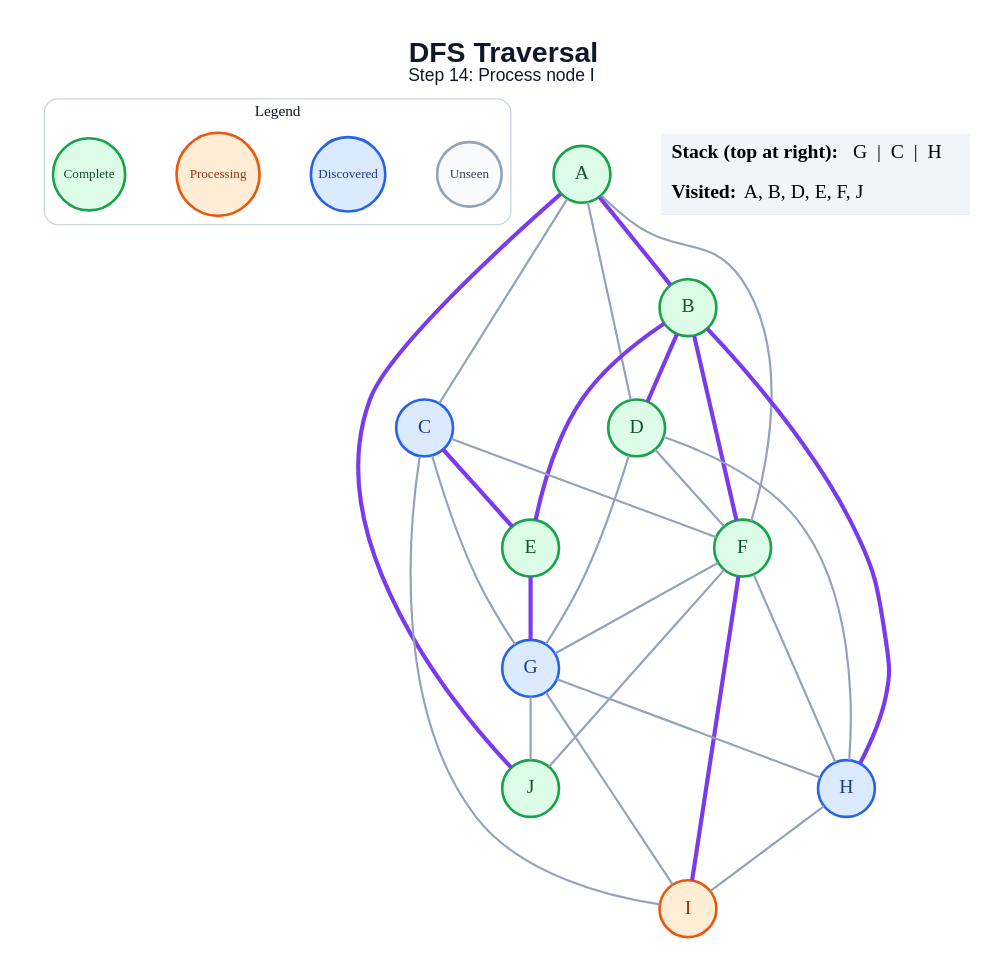
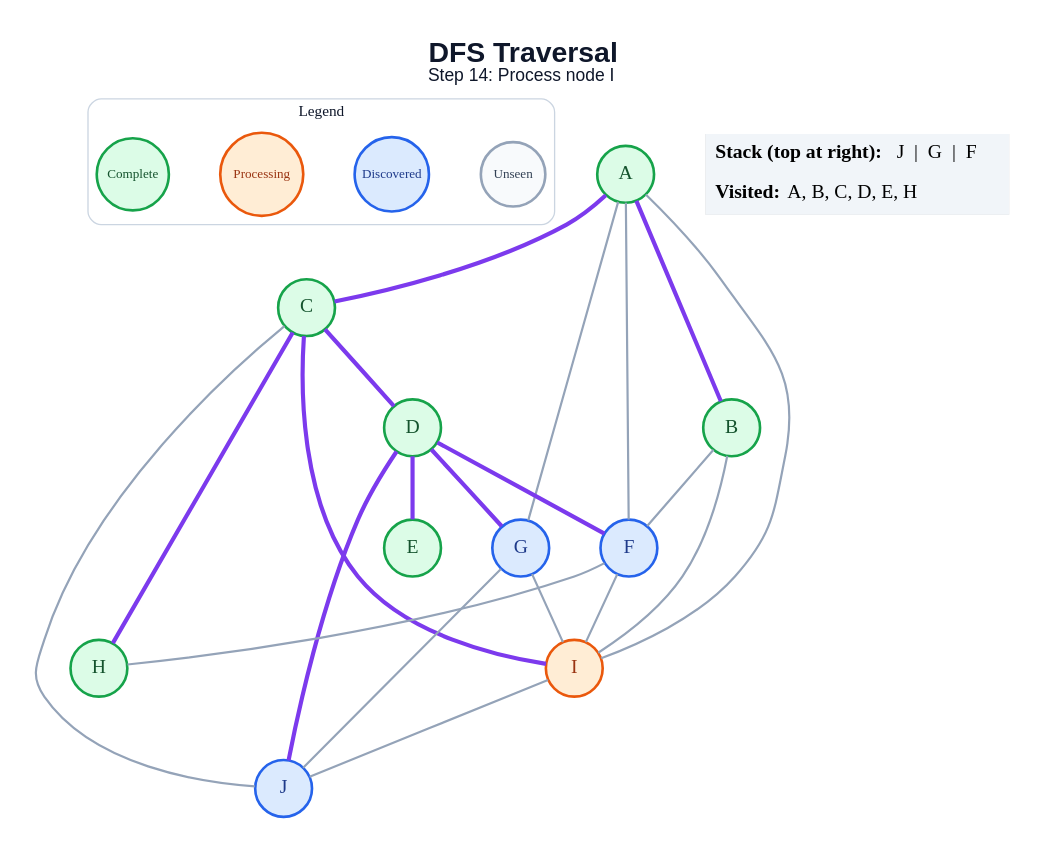
One commit to amanghodawala9/ai-slop changed the diagram in generated/specific-node/dfs/step_14.dot. Above: the diagram before and after it, drawn with Graphviz. The commit also changed 178 other files, not shown here.

```diff
--- a/generated/specific-node/dfs/step_14.dot
+++ b/generated/specific-node/dfs/step_14.dot
@@ -1,54 +1,49 @@
 graph traversal {
   graph [layout=dot, rankdir=TB, bgcolor="#FFFFFF", pad="0.35", nodesep="0.65", ranksep="0.8", fontname="Arial"];
   node [shape=circle, style="filled", fontname="Arial Bold", fontsize=18, width=0.72, fixedsize=true, penwidth=2.4];
   edge [color="#94A3B8", penwidth=2.0];
   label=<<B>DFS Traversal</B><BR/><FONT POINT-SIZE="16">Step 14: Process node I</FONT>>; labelloc="t"; fontsize=26; fontname="Arial"; fontcolor="#0F172A";
   subgraph cluster_legend { label="Legend"; color="#CBD5E1"; penwidth=1.2; style="rounded"; fontsize=14; fontname="Arial Bold";
     key_unseen [label="Unseen", fillcolor="#F8FAFC", color="#94A3B8", fontcolor="#334155", fontsize=12, width=0.82];
     key_frontier [label="Discovered", fillcolor="#DBEAFE", color="#2563EB", fontcolor="#1E3A8A", fontsize=12, width=0.95];
     key_current [label="Processing", fillcolor="#FFEDD5", color="#EA580C", fontcolor="#9A3412", fontsize=12, width=1.05];
     key_done [label="Complete", fillcolor="#DCFCE7", color="#16A34A", fontcolor="#14532D", fontsize=12, width=0.92];
     { rank=same; key_unseen; key_frontier; key_current; key_done; }
   }
   A [fillcolor="#DCFCE7", color="#16A34A", fontcolor="#14532D"];
   B [fillcolor="#DCFCE7", color="#16A34A", fontcolor="#14532D"];
-  C [fillcolor="#DBEAFE", color="#2563EB", fontcolor="#1E3A8A"];
+  C [fillcolor="#DCFCE7", color="#16A34A", fontcolor="#14532D"];
   D [fillcolor="#DCFCE7", color="#16A34A", fontcolor="#14532D"];
   E [fillcolor="#DCFCE7", color="#16A34A", fontcolor="#14532D"];
-  F [fillcolor="#DCFCE7", color="#16A34A", fontcolor="#14532D"];
+  F [fillcolor="#DBEAFE", color="#2563EB", fontcolor="#1E3A8A"];
   G [fillcolor="#DBEAFE", color="#2563EB", fontcolor="#1E3A8A"];
-  H [fillcolor="#DBEAFE", color="#2563EB", fontcolor="#1E3A8A"];
+  H [fillcolor="#DCFCE7", color="#16A34A", fontcolor="#14532D"];
   I [fillcolor="#FFEDD5", color="#EA580C", fontcolor="#9A3412"];
-  J [fillcolor="#DCFCE7", color="#16A34A", fontcolor="#14532D"];
+  J [fillcolor="#DBEAFE", color="#2563EB", fontcolor="#1E3A8A"];
   A -- B [color="#7C3AED", penwidth=3.8];
-  A -- C;
-  A -- D;
+  A -- C [color="#7C3AED", penwidth=3.8];
   A -- F;
-  A -- J [color="#7C3AED", penwidth=3.8];
-  B -- D [color="#7C3AED", penwidth=3.8];
-  B -- E [color="#7C3AED", penwidth=3.8];
-  B -- F [color="#7C3AED", penwidth=3.8];
-  B -- H [color="#7C3AED", penwidth=3.8];
-  C -- E [color="#7C3AED", penwidth=3.8];
-  C -- F;
-  C -- G;
-  C -- I;
-  D -- F;
-  D -- G;
-  D -- H;
-  E -- G [color="#7C3AED", penwidth=3.8];
-  F -- G;
+  A -- G;
+  A -- I;
+  B -- F;
+  B -- I;
+  C -- D [color="#7C3AED", penwidth=3.8];
+  C -- H [color="#7C3AED", penwidth=3.8];
+  C -- I [color="#7C3AED", penwidth=3.8];
+  C -- J;
+  D -- E [color="#7C3AED", penwidth=3.8];
+  D -- F [color="#7C3AED", penwidth=3.8];
+  D -- G [color="#7C3AED", penwidth=3.8];
+  D -- J [color="#7C3AED", penwidth=3.8];
   F -- H;
-  F -- I [color="#7C3AED", penwidth=3.8];
-  F -- J;
-  G -- H;
+  F -- I;
   G -- I;
   G -- J;
-  H -- I;
+  I -- J;
   status [shape=plain, fixedsize=false, width=0, height=0, margin=0, label=<
     <TABLE BORDER="0" CELLBORDER="0" CELLPADDING="7" BGCOLOR="#F1F5F9">
-      <TR><TD ALIGN="LEFT"><B>Stack (top at right):</B> G  |  C  |  H</TD></TR>
-      <TR><TD ALIGN="LEFT"><B>Visited:</B> A, B, D, E, F, J</TD></TR>
+      <TR><TD ALIGN="LEFT"><B>Stack (top at right):</B> J  |  G  |  F</TD></TR>
+      <TR><TD ALIGN="LEFT"><B>Visited:</B> A, B, C, D, E, H</TD></TR>
     </TABLE>
   >];
 }
```
